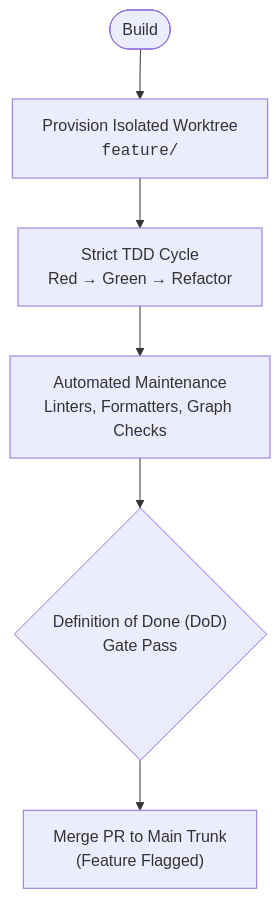
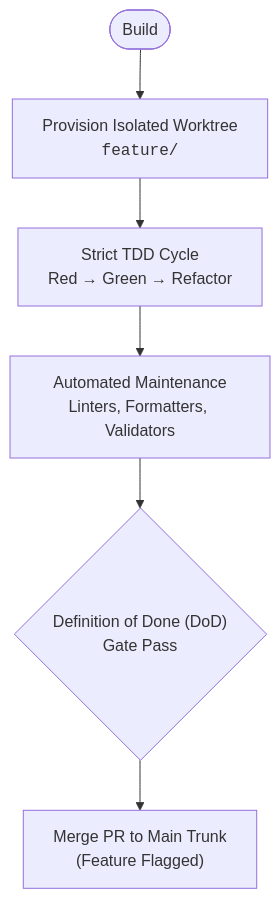
The third of 4 diagrams in content/posts/spec-driven-development.md (keolo/keolo-com), drawn with Mermaid before and after one commit. The commit also changed other lines of this file, not shown here.

First line of the commit message:
docs(posts): refine phrasing and diagrams in spec-driven development article (#10)

````diff
--- a/content/posts/spec-driven-development.md
+++ b/content/posts/spec-driven-development.md
@@ -116,8 +116,8 @@
 ```mermaid
 flowchart TD
     Start(["Build"]) --> Worktree["Provision Isolated Worktree<br/><code>feature/<slug></code>"]
     Worktree --> TDD["Strict TDD Cycle<br/>Red → Green → Refactor"]
-    TDD --> Maintain["Automated Maintenance<br/>Linters, Formatters, Graph Checks"]
+    TDD --> Maintain["Automated Maintenance<br/>Linters, Formatters, Validators"]
     Maintain --> DoD{"Definition of Done (DoD)<br/>Gate Pass"}
     DoD --> PR["Merge PR to Main Trunk<br/>(Feature Flagged)"]
 ```
````
